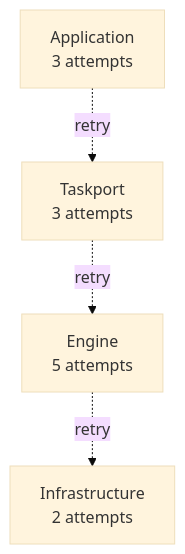
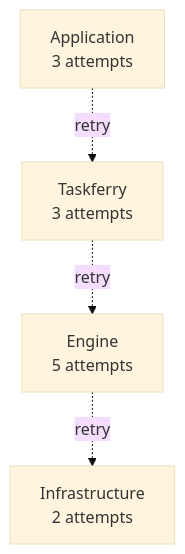
Before and after one commit to xiidigital/taskferry: the diagram in docs/adr/0011-retry-ownership.md, drawn with Mermaid (base theme). The commit also changed other lines of this file and 424 other files, not shown here.

First line of the commit message:
refactor: rebrand taskport to taskferry across all distributions

````diff
--- a/docs/adr/0011-retry-ownership.md
+++ b/docs/adr/0011-retry-ownership.md
@@ -10,11 +10,11 @@
 ```mermaid
 flowchart TD
     APP["Application<br/>3 attempts"]
-    TP["Taskport<br/>3 attempts"]
+    TP["Taskferry<br/>3 attempts"]
     ENGINE["Engine<br/>5 attempts"]
     INFRA["Infrastructure<br/>2 attempts"]
 
     APP -. retry .-> TP
     TP -. retry .-> ENGINE
     ENGINE -. retry .-> INFRA
 ```
````
